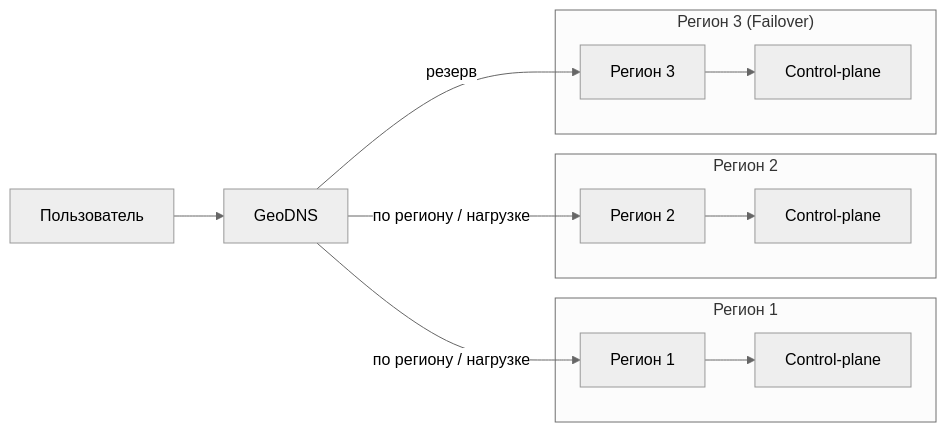
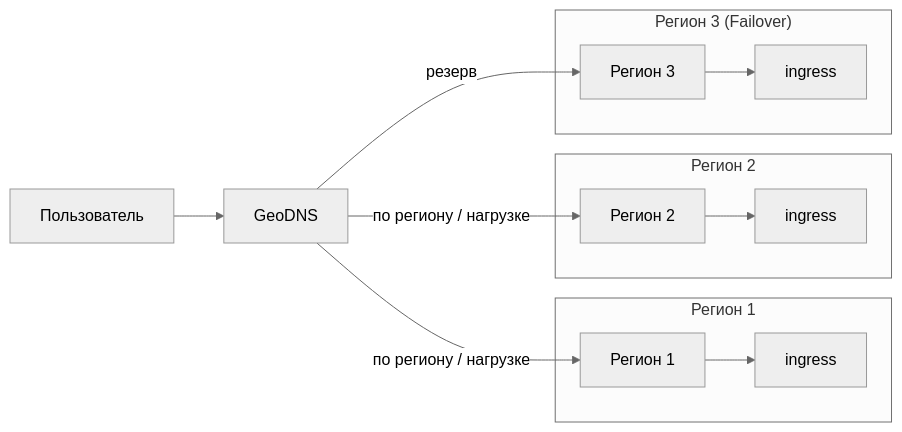
The first of 2 diagrams in README.md (onionfriend2004/Highload_VK_Coursework), drawn with Mermaid (neutral theme) before and after one commit. The commit also changed other lines of this file and 1 other file, not shown here.

````diff
--- a/README.md
+++ b/README.md
@@ -292,17 +293,17 @@
 ```mermaid
 flowchart LR
     U[Пользователь] --> D[GeoDNS]
     D -->|по региону / нагрузке| R1[Регион 1]
     D -->|по региону / нагрузке| R2[Регион 2]
     D -->|резерв| R3[Регион 3]
     
     subgraph "Регион 1"
-        R1 --> A1[Control-plane]
+        R1 --> A1[ingress]
     end
     subgraph "Регион 2"
-        R2 --> A2[Control-plane]
+        R2 --> A2[ingress]
     end
     subgraph "Регион 3 (Failover)"
-        R3 --> A3[Control-plane]
+        R3 --> A3[ingress]
     end
 ```
````
